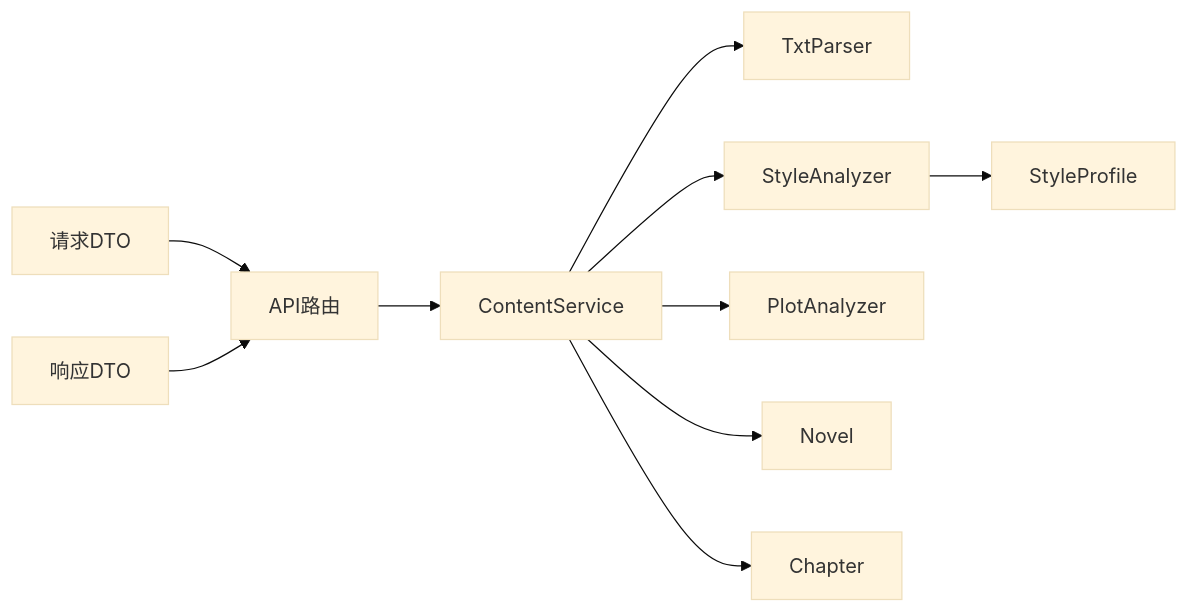
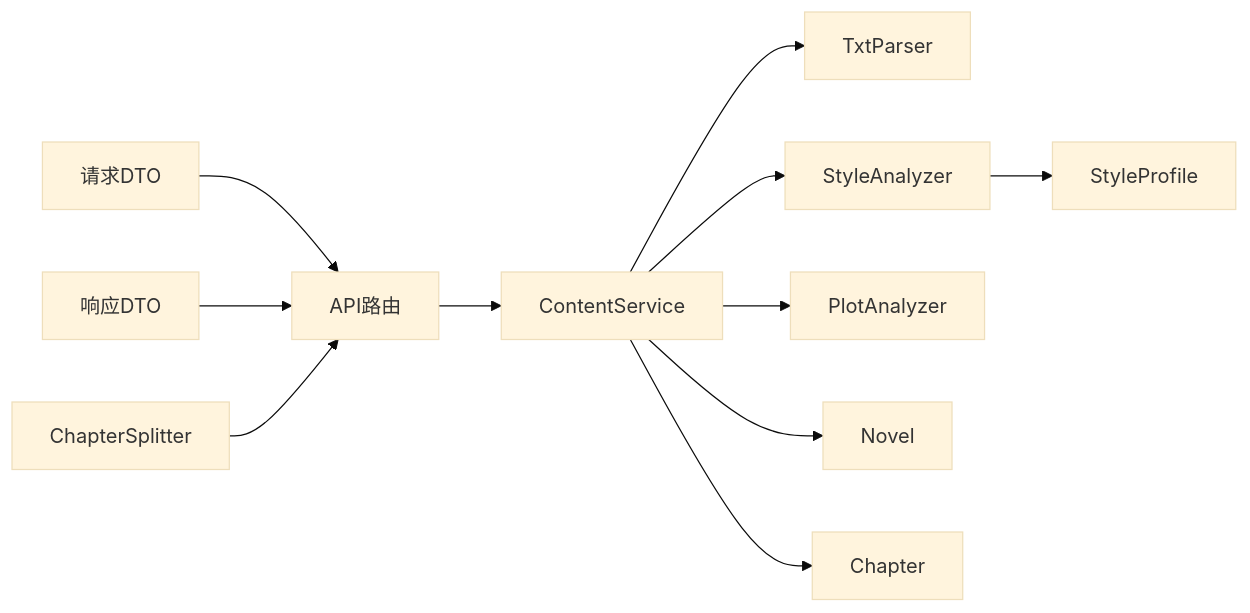
One commit to octsfm/InkTrace changed the tenth of 10 diagrams in .qoder/repowiki/zh/content/核心功能模块/小说导入与分析模块/小说导入与分析模块.md. Above: the diagram before and after it, drawn with Mermaid (base theme). The commit also changed other lines of this file and 25 other files, not shown here.

````diff
--- a/.qoder/repowiki/zh/content/核心功能模块/小说导入与分析模块/小说导入与分析模块.md
+++ b/.qoder/repowiki/zh/content/核心功能模块/小说导入与分析模块/小说导入与分析模块.md
@@ -402,12 +444,13 @@
 ```mermaid
 graph LR
 CS["ContentService"] --> TP["TxtParser"]
 CS --> SA["StyleAnalyzer"]
 CS --> PA["PlotAnalyzer"]
 SA --> SP["StyleProfile"]
 CS --> NOV["Novel"]
 CS --> CH["Chapter"]
 API["API路由"] --> CS
 REQ["请求DTO"] --> API
 RES["响应DTO"] --> API
+CSplit["ChapterSplitter"] --> API
 ```
````
